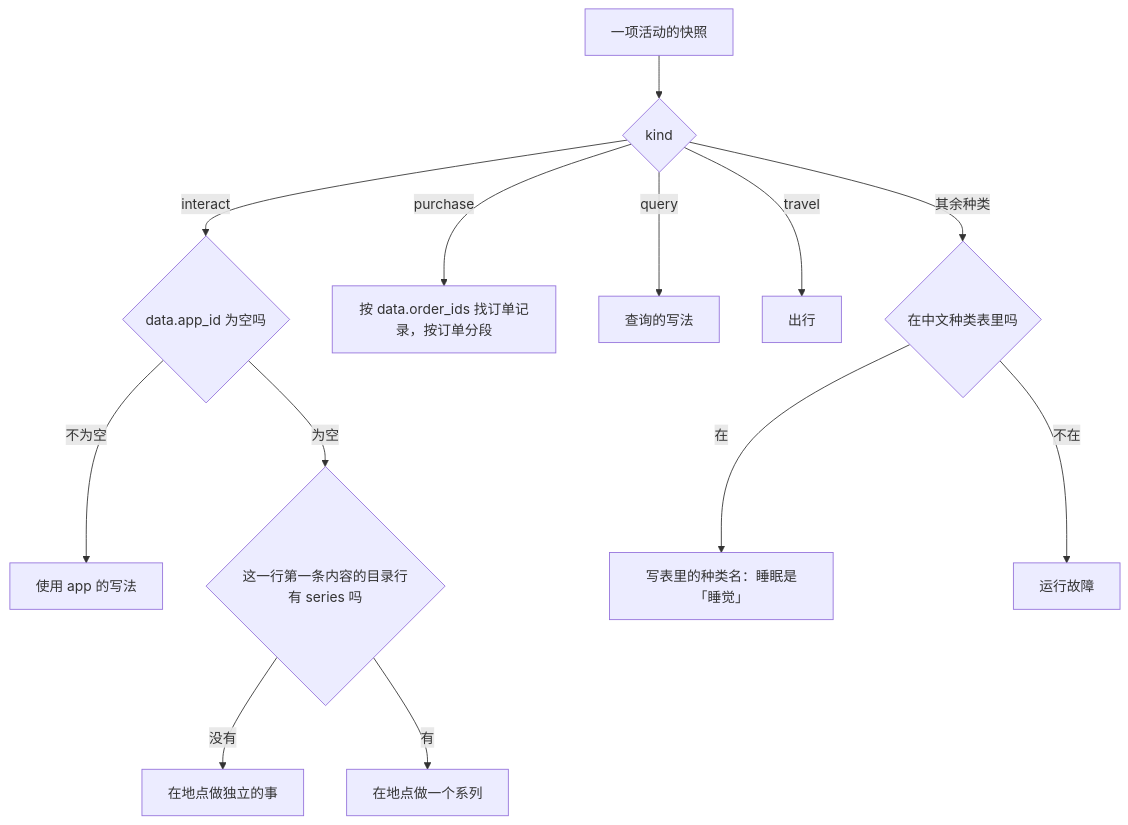
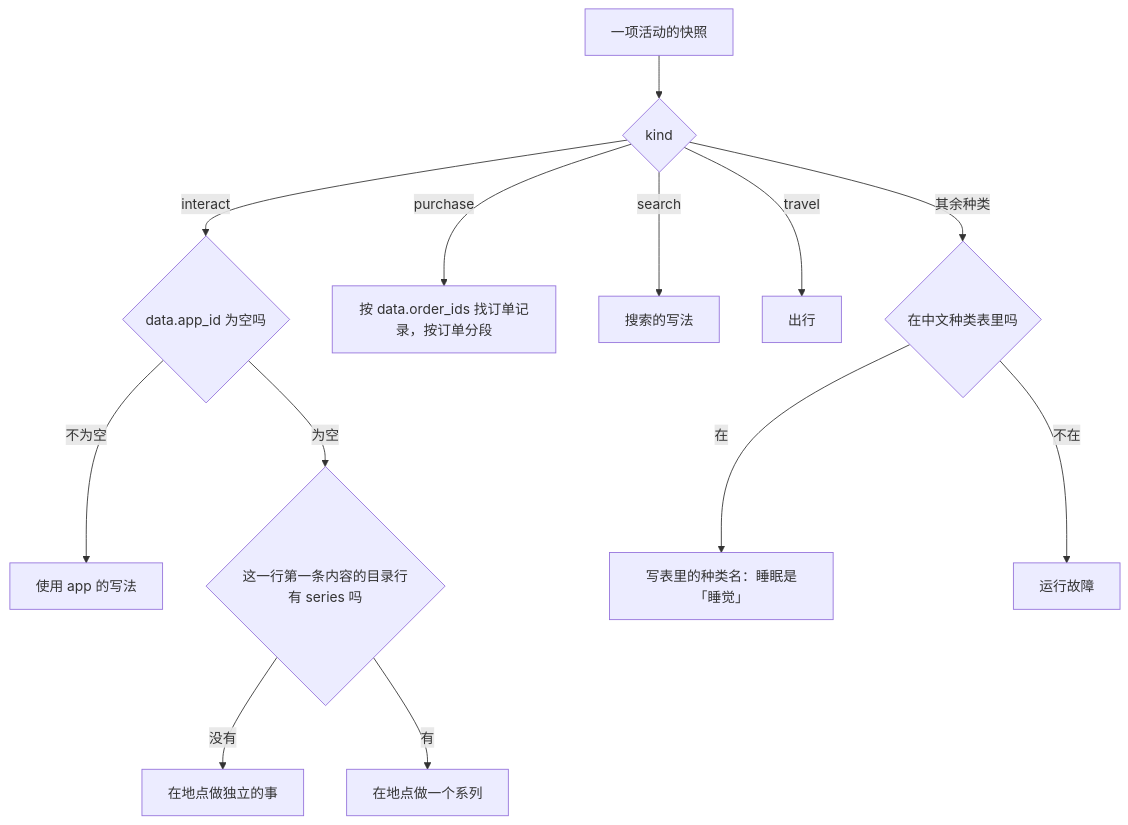
Before and after one commit to HoldThatThgt/WorldMock: the third of 4 diagrams in docs/design/05-recording-engine.md, drawn with Mermaid. The commit also changed other lines of this file and 19 other files, not shown here.

````diff
--- a/docs/design/05-recording-engine.md
+++ b/docs/design/05-recording-engine.md
@@ -276,15 +276,15 @@
 ```mermaid
 flowchart TD
     A["一项活动的快照"] --> B{"kind"}
     B -->|"interact"| C{"data.app_id 为空吗"}
     C -->|"不为空"| D["使用 app 的写法"]
     C -->|"为空"| E{"这一行第一条内容的目录行有 series 吗"}
     E -->|"没有"| F["在地点做独立的事"]
     E -->|"有"| G["在地点做一个系列"]
     B -->|"purchase"| H["按 data.order_ids 找订单记录，按订单分段"]
-    B -->|"query"| I["查询的写法"]
+    B -->|"search"| I["搜索的写法"]
     B -->|"travel"| J["出行"]
     B -->|"其余种类"| K{"在中文种类表里吗"}
     K -->|"在"| L["写表里的种类名：睡眠是「睡觉」"]
     K -->|"不在"| M["运行故障"]
 ```
````
